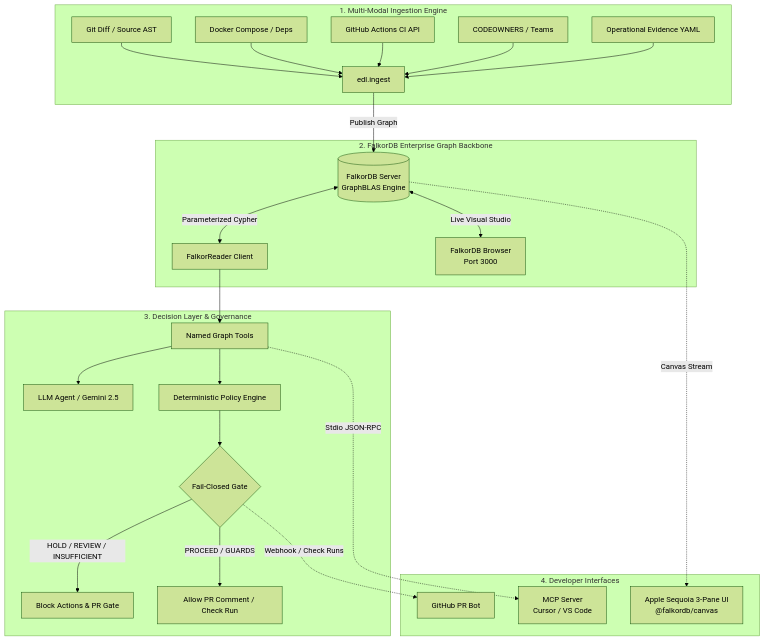
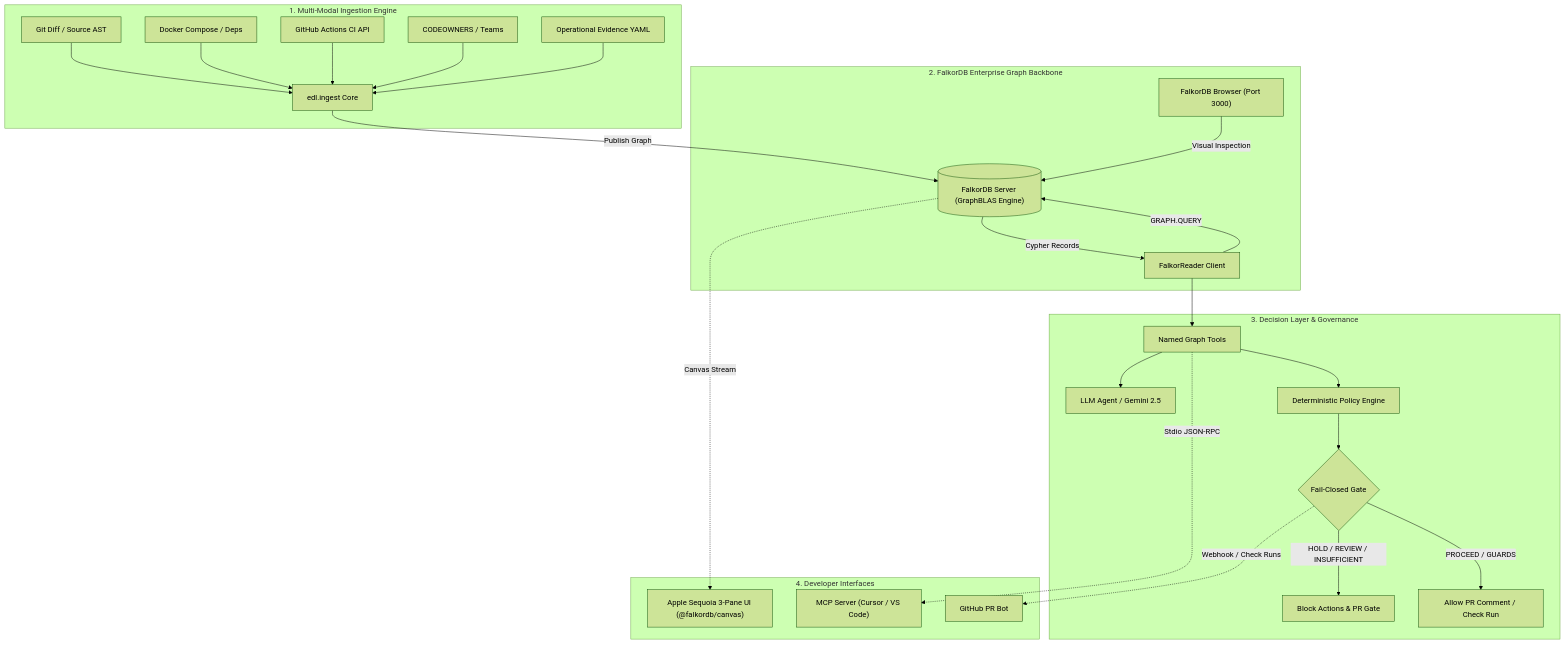
The first of 2 diagrams in README.md (Bhav-ikkk/GraphHacks), drawn with Mermaid (forest theme) before and after one commit. The commit also changed other lines of this file, not shown here.

Commit message:
Fix Mermaid diagram syntax for GitHub renderer compatibility

````diff
--- a/README.md
+++ b/README.md
@@ -79,31 +79,32 @@
 ```mermaid
 flowchart TB
-    subgraph Ingestion ["1. Multi-Modal Ingestion Engine"]
-        A[Git Diff / Source AST] --> I[edl.ingest]
-        B[Docker Compose / Deps] --> I
-        C[GitHub Actions CI API] --> I
-        D[CODEOWNERS / Teams] --> I
-        E[Operational Evidence YAML] --> I
+    subgraph Ingestion["1. Multi-Modal Ingestion Engine"]
+        A["Git Diff / Source AST"] --> I["edl.ingest Core"]
+        B["Docker Compose / Deps"] --> I
+        C["GitHub Actions CI API"] --> I
+        D["CODEOWNERS / Teams"] --> I
+        E["Operational Evidence YAML"] --> I
     end
 
-    subgraph FalkorDBEngine ["2. FalkorDB Enterprise Graph Backbone"]
-        I -->|Publish Graph| F[(FalkorDB Server<br/>GraphBLAS Engine)]
-        F <-->|Parameterized Cypher| R[FalkorReader Client]
-        F <-->|Live Visual Studio| FS[FalkorDB Browser<br/>Port 3000]
+    subgraph FalkorDBEngine["2. FalkorDB Enterprise Graph Backbone"]
+        I -->|"Publish Graph"| F[("FalkorDB Server (GraphBLAS Engine)")]
+        R["FalkorReader Client"] -->|"GRAPH.QUERY"| F
+        F -->|"Cypher Records"| R
+        FS["FalkorDB Browser (Port 3000)"] -->|"Visual Inspection"| F
     end
 
-    subgraph Governance ["3. Decision Layer & Governance"]
-        R --> T[Named Graph Tools]
-        T --> AG[LLM Agent / Gemini 2.5]
-        T --> POL[Deterministic Policy Engine]
-        POL --> GATE{Fail-Closed Gate}
-        GATE -->|HOLD / REVIEW / INSUFFICIENT| BLK[Block Actions & PR Gate]
-        GATE -->|PROCEED / GUARDS| ACT[Allow PR Comment / Check Run]
+    subgraph Governance["3. Decision Layer & Governance"]
+        R --> T["Named Graph Tools"]
+        T --> AG["LLM Agent / Gemini 2.5"]
+        T --> POL["Deterministic Policy Engine"]
+        POL --> GATE{"Fail-Closed Gate"}
+        GATE -->|"HOLD / REVIEW / INSUFFICIENT"| BLK["Block Actions & PR Gate"]
+        GATE -->|"PROCEED / GUARDS"| ACT["Allow PR Comment / Check Run"]
     end
 
-    subgraph Interface ["4. Developer Interfaces"]
-        F -.->|Canvas Stream| UI[Apple Sequoia 3-Pane UI<br/>@falkordb/canvas]
-        T -.->|Stdio JSON-RPC| MCP[MCP Server<br/>Cursor / VS Code]
-        GATE -.->|Webhook / Check Runs| GH[GitHub PR Bot]
+    subgraph Interface["4. Developer Interfaces"]
+        F -.->|"Canvas Stream"| UI["Apple Sequoia 3-Pane UI (@falkordb/canvas)"]
+        T -.->|"Stdio JSON-RPC"| MCP["MCP Server (Cursor / VS Code)"]
+        GATE -.->|"Webhook / Check Runs"| GH["GitHub PR Bot"]
     end
 ```
````
